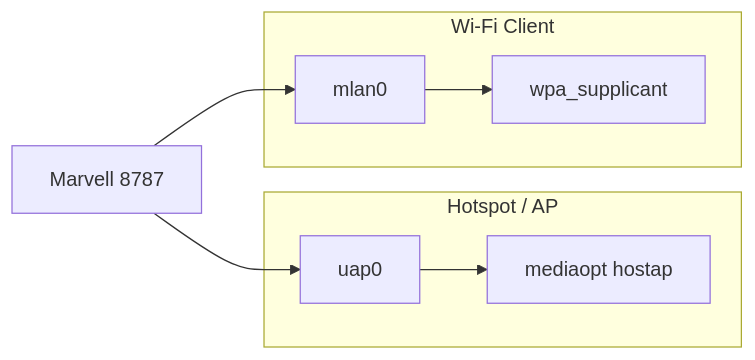
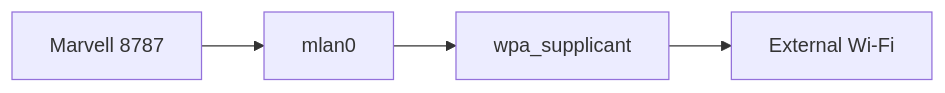
Before and after one commit to joeyQuery/MHI2-Wireless-CarPlay: diagram 13 of 22 in docs/wifi.md, drawn with Mermaid. The commit also changed other lines of this file, not shown here.

````diff
--- a/docs/wifi.md
+++ b/docs/wifi.md
@@ -206,20 +432,11 @@
 ```mermaid
 flowchart LR
     MARVELL["Marvell 8787"]
-
-    subgraph AP["Hotspot / AP"]
-        UAP["uap0"]
-        HOSTAP["mediaopt hostap"]
-    end
-
-    subgraph STA["Wi-Fi Client"]
-        MLAN["mlan0"]
-        WPA["wpa_supplicant"]
-    end
-
-    MARVELL --> UAP
-    UAP --> HOSTAP
+    MLAN["mlan0"]
+    WPA["wpa_supplicant"]
+    NETWORK["External Wi-Fi"]
 
     MARVELL --> MLAN
     MLAN --> WPA
+    WPA --> NETWORK
 ```
````
